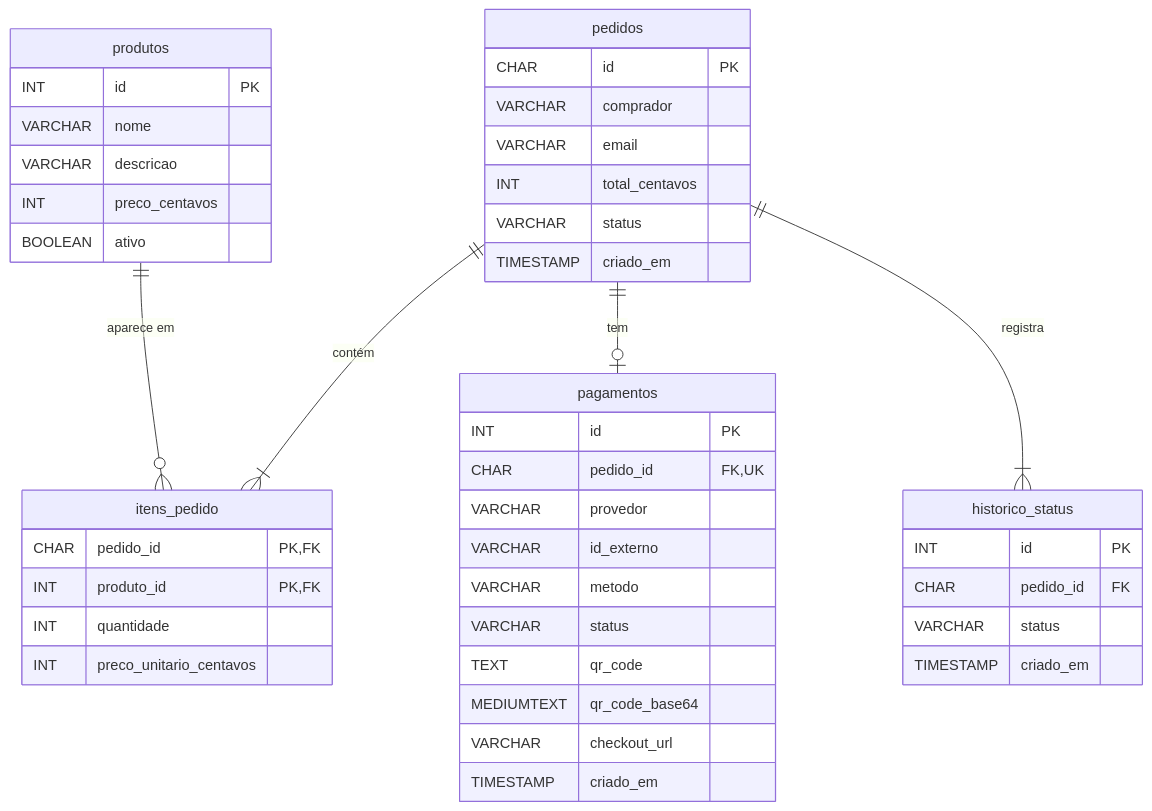
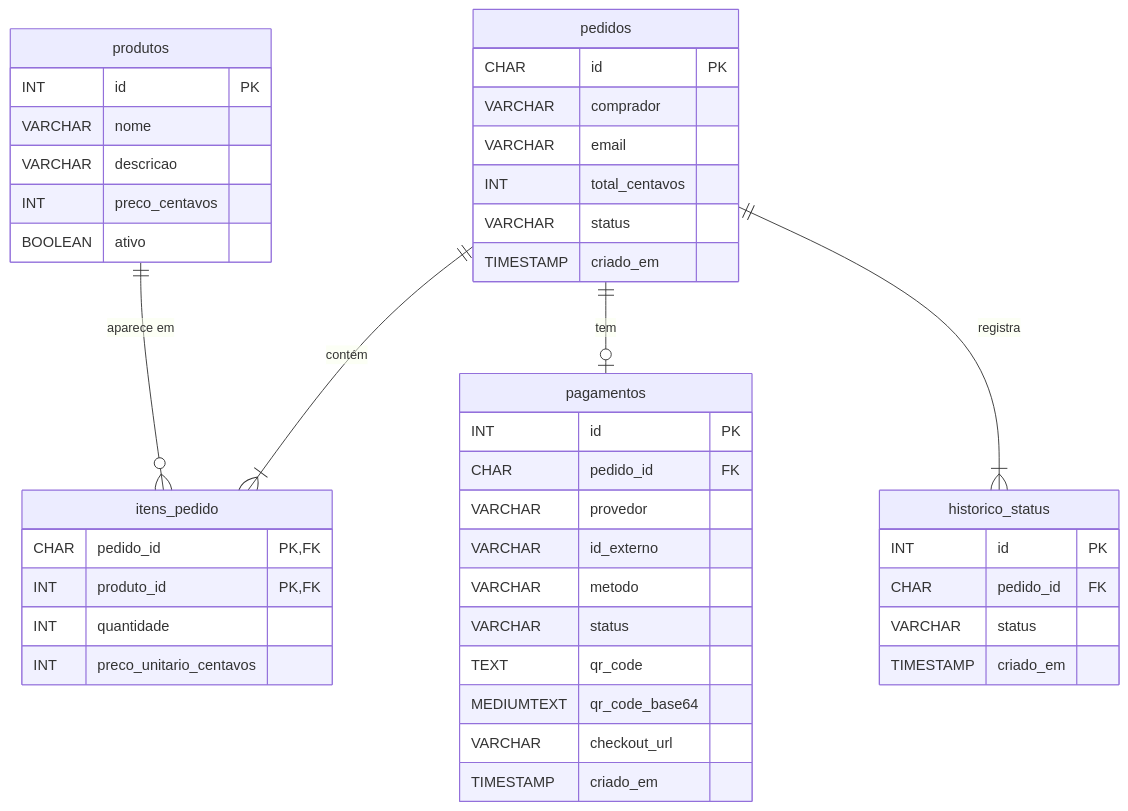
The second of 2 diagrams in README.md (samuelc99/loja-checkout), drawn with Mermaid before and after one commit.

Commit message:
Fix formatting of pedido_id field in pagamentos

````diff
--- a/README.md
+++ b/README.md
@@ -80,47 +80,47 @@
 ```mermaid
 erDiagram
     produtos ||--o{ itens_pedido : "aparece em"
     pedidos ||--|{ itens_pedido : "contém"
     pedidos ||--o| pagamentos : "tem"
     pedidos ||--|{ historico_status : "registra"
 
     produtos {
         INT id PK
         VARCHAR nome
         VARCHAR descricao
         INT preco_centavos
         BOOLEAN ativo
     }
     pedidos {
         CHAR id PK
         VARCHAR comprador
         VARCHAR email
         INT total_centavos
         VARCHAR status
         TIMESTAMP criado_em
     }
     itens_pedido {
         CHAR pedido_id PK,FK
         INT produto_id PK,FK
         INT quantidade
         INT preco_unitario_centavos
     }
     pagamentos {
         INT id PK
-        CHAR pedido_id FK,UK
+        CHAR pedido_id FK
         VARCHAR provedor
         VARCHAR id_externo
         VARCHAR metodo
         VARCHAR status
         TEXT qr_code
         MEDIUMTEXT qr_code_base64
         VARCHAR checkout_url
         TIMESTAMP criado_em
     }
     historico_status {
         INT id PK
         CHAR pedido_id FK
         VARCHAR status
         TIMESTAMP criado_em
     }
 ```
````
